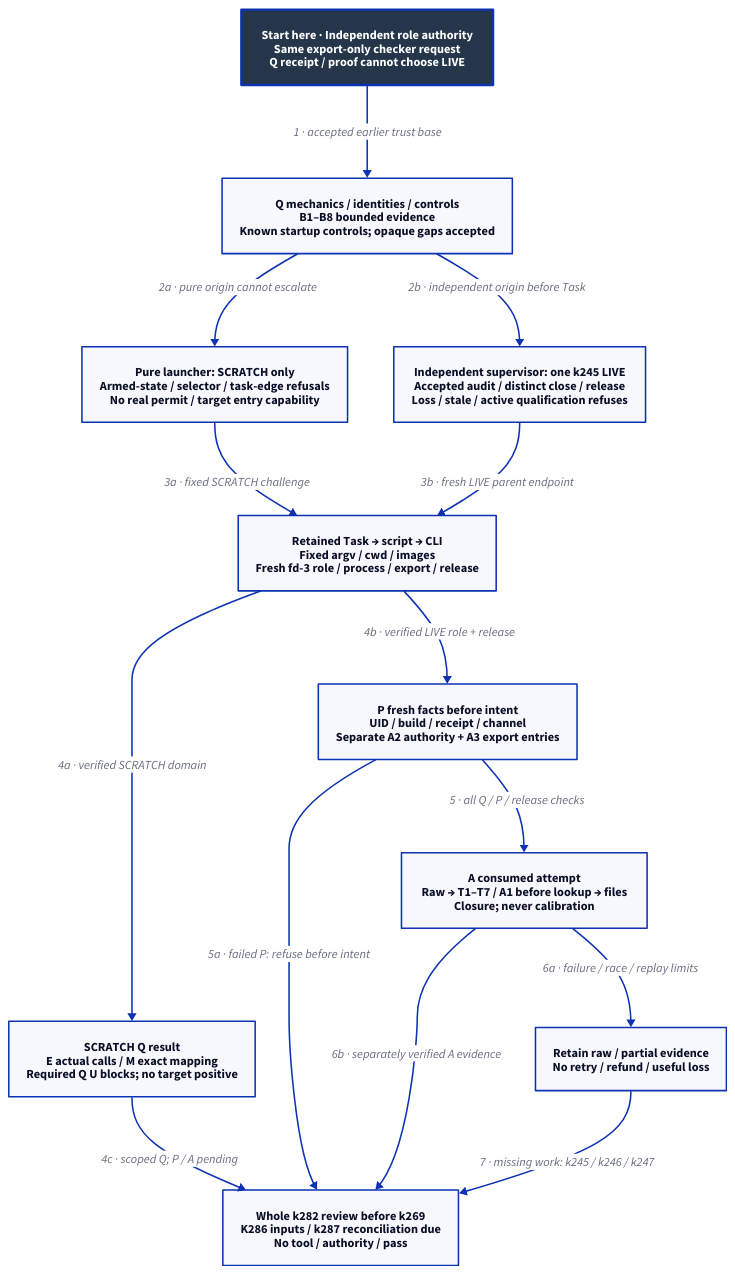
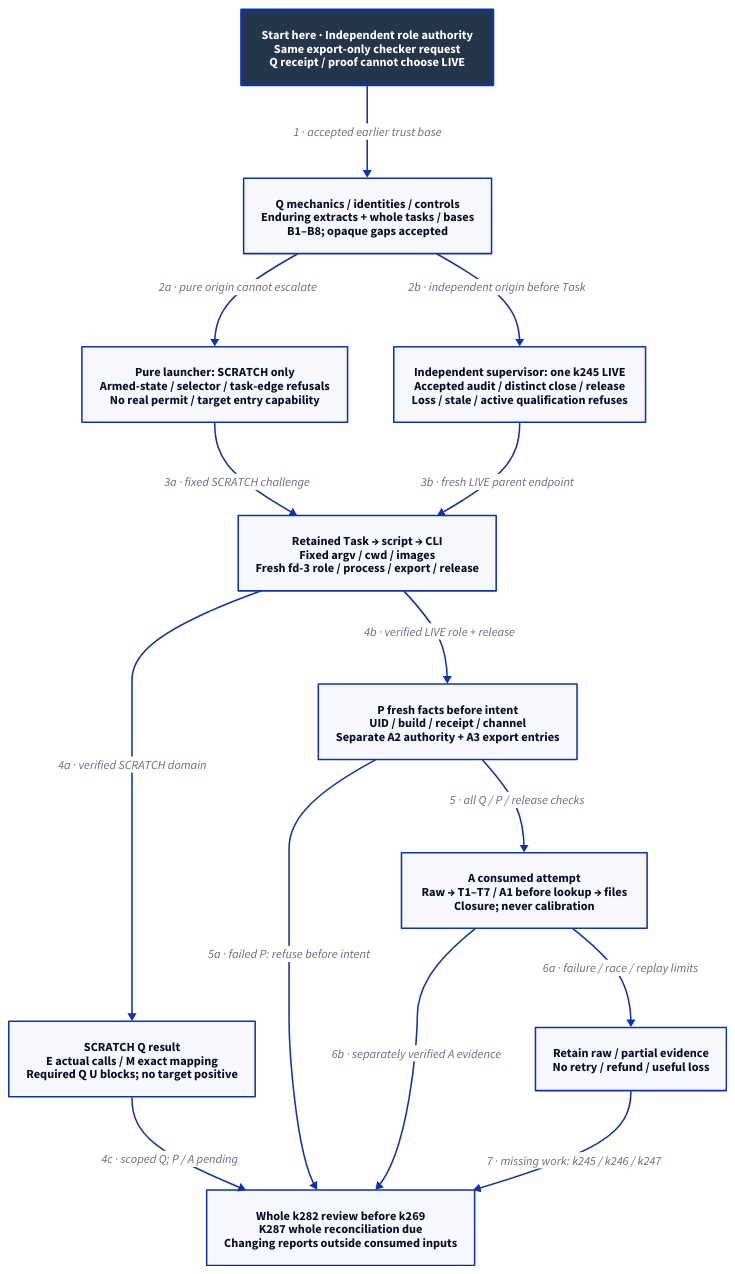
The diagram in docs/design/architecture/native-reference-packaging.d2 (Linkuistics/Koine), drawn with D2 before and after one commit. The commit also changed 26 other files, not shown here.

Commit message:
Separate enduring reference inputs from changing reports (reference-evidence-normative-inputs-k286)

```diff
--- a/docs/design/architecture/native-reference-packaging.d2
+++ b/docs/design/architecture/native-reference-packaging.d2
@@ -1,28 +1,28 @@
 # Proposed staged credit; no artifact, release or operation is qualified.
 direction: down
 classes: {
   start: {style: {fill: "#25364B"; font-color: "#FFFFFF"; bold: true; stroke-width: 3}}
 }
 Start: "Start here · Independent role authority\nSame export-only checker request\nQ receipt / proof cannot choose LIVE" {class: start}
-Ready: "Q mechanics / identities / controls\nB1–B8 bounded evidence\nKnown startup controls; opaque gaps accepted"
+Ready: "Q mechanics / identities / controls\nEnduring extracts + whole tasks / bases\nB1–B8; opaque gaps accepted"
 Task: "Retained Task → script → CLI\nFixed argv / cwd / images\nFresh fd-3 role / process / export / release"
 Scratch: "Pure launcher: SCRATCH only\nArmed-state / selector / task-edge refusals\nNo real permit / target entry capability"
 Live: "Independent supervisor: one k245 LIVE\nAccepted audit / distinct close / release\nLoss / stale / active qualification refuses"
 Proof: "SCRATCH Q result\nE actual calls / M exact mapping\nRequired Q U blocks; no target positive"
 Preflight: "P fresh facts before intent\nUID / build / receipt / channel\nSeparate A2 authority + A3 export entries"
 Attempt: "A consumed attempt\nRaw → T1–T7 / A1 before lookup → files\nClosure; never calibration"
 Failure: "Retain raw / partial evidence\nNo retry / refund / useful loss"
-Final: "Whole k282 review before k269\nK286 inputs / k287 reconciliation due\nNo tool / authority / pass"
+Final: "Whole k282 review before k269\nK287 whole reconciliation due\nChanging reports outside consumed inputs"
 Start -> Ready: "1 · accepted earlier trust base"
 Ready -> Scratch: "2a · pure origin cannot escalate"
 Ready -> Live: "2b · independent origin before Task"
 Scratch -> Task: "3a · fixed SCRATCH challenge"
 Live -> Task: "3b · fresh LIVE parent endpoint"
 Task -> Proof: "4a · verified SCRATCH domain"
 Proof -> Final: "4c · scoped Q; P / A pending"
 Task -> Preflight: "4b · verified LIVE role + release"
 Preflight -> Attempt: "5 · all Q / P / release checks"
 Preflight -> Final: "5a · failed P: refuse before intent"
 Attempt -> Failure: "6a · failure / race / replay limits"
 Attempt -> Final: "6b · separately verified A evidence"
 Failure -> Final: "7 · missing work: k245 / k246 / k247"
```
